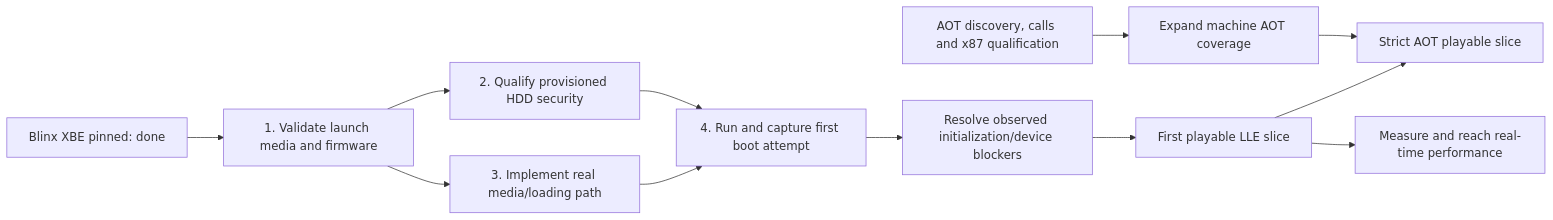
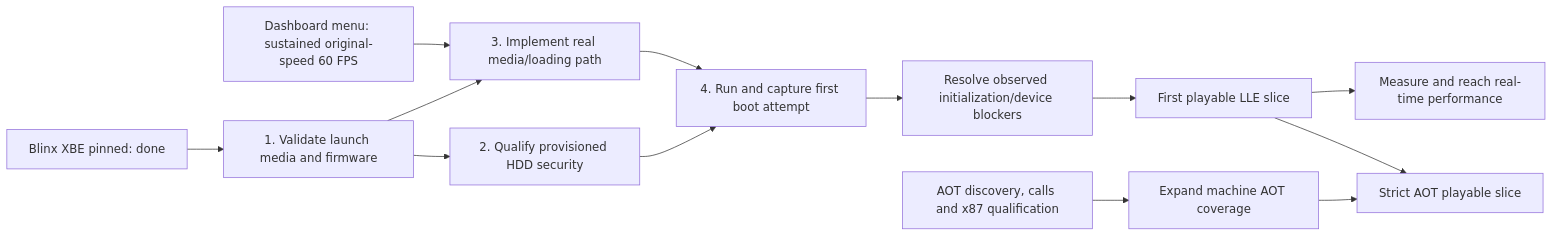
Before and after one commit to mstan/xboxllr: the diagram in docs/BLINX-BURNDOWN.md, drawn with Mermaid. The commit also changed other lines of this file and 8 other files, not shown here.

Commit message:
Gate Blinx launch on sustained 60 FPS dashboard menu

````diff
--- a/docs/BLINX-BURNDOWN.md
+++ b/docs/BLINX-BURNDOWN.md
@@ -31,14 +34,15 @@
 ```mermaid
 flowchart LR
+    M["Dashboard menu: sustained original-speed 60 FPS"] --> C
     A["Blinx XBE pinned: done"] --> B["1. Validate launch media and firmware"]
     B --> S["2. Qualify provisioned HDD security"]
     B --> C["3. Implement real media/loading path"]
     S --> D["4. Run and capture first boot attempt"]
     C --> D
     D --> E["Resolve observed initialization/device blockers"]
     E --> F["First playable LLE slice"]
     G["AOT discovery, calls and x87 qualification"] --> H["Expand machine AOT coverage"]
     H --> I["Strict AOT playable slice"]
     F --> I
     F --> J["Measure and reach real-time performance"]
 ```
````
